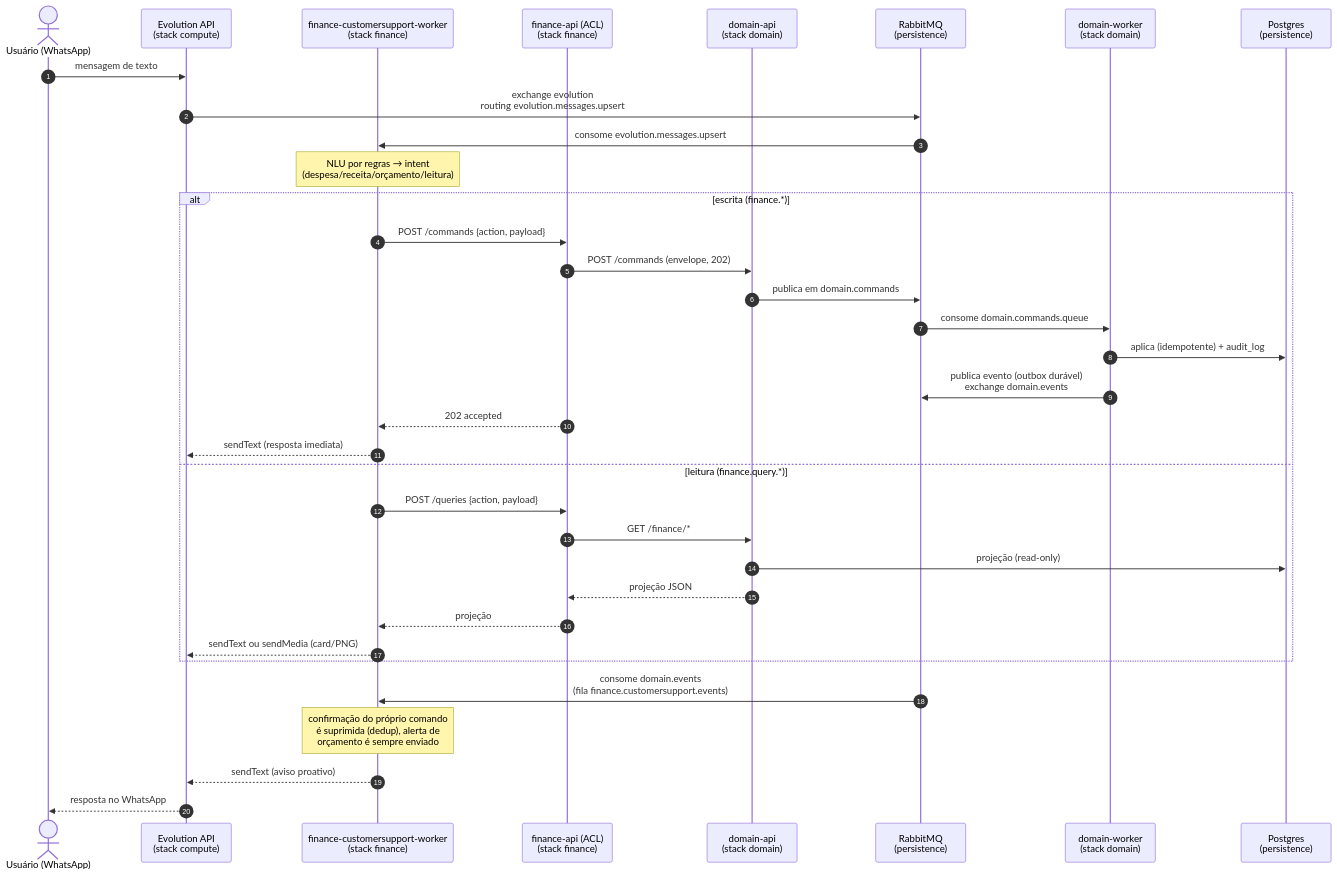
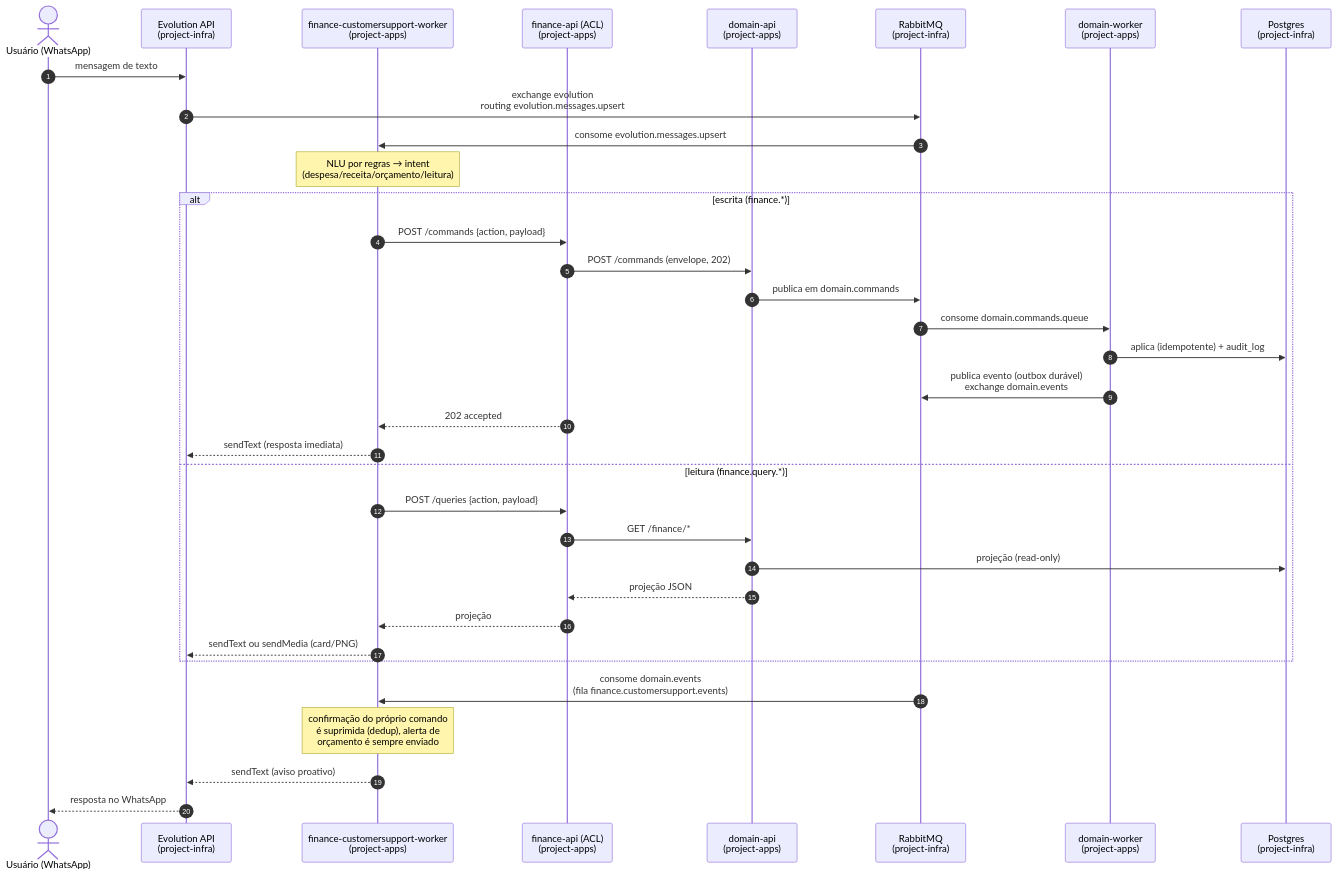
One commit to giomartinsdev/gio-random-projects changed the second of 5 diagrams in docs/architecture.md. Above: the diagram before and after it, drawn with Mermaid. The commit also changed other lines of this file and 6 other files, not shown here.

````diff
--- a/docs/architecture.md
+++ b/docs/architecture.md
@@ -101,41 +96,41 @@
 ```mermaid
 sequenceDiagram
   autonumber
   actor U as Usuário (WhatsApp)
-  participant EV as Evolution API<br/>(stack compute)
-  participant W as finance-customersupport-worker<br/>(stack finance)
-  participant F as finance-api (ACL)<br/>(stack finance)
-  participant DA as domain-api<br/>(stack domain)
-  participant RMQ as RabbitMQ<br/>(persistence)
-  participant DW as domain-worker<br/>(stack domain)
-  participant PG as Postgres<br/>(persistence)
+  participant EV as Evolution API<br/>(project-infra)
+  participant W as finance-customersupport-worker<br/>(project-apps)
+  participant F as finance-api (ACL)<br/>(project-apps)
+  participant DA as domain-api<br/>(project-apps)
+  participant RMQ as RabbitMQ<br/>(project-infra)
+  participant DW as domain-worker<br/>(project-apps)
+  participant PG as Postgres<br/>(project-infra)
 
   U->>EV: mensagem de texto
   EV->>RMQ: exchange evolution<br/>routing evolution.messages.upsert
   RMQ->>W: consome evolution.messages.upsert
 
   Note over W: NLU por regras → intent<br/>(despesa/receita/orçamento/leitura)
 
   alt escrita (finance.*)
     W->>F: POST /commands {action, payload}
     F->>DA: POST /commands (envelope, 202)
     DA->>RMQ: publica em domain.commands
     RMQ->>DW: consome domain.commands.queue
     DW->>PG: aplica (idempotente) + audit_log
     DW->>RMQ: publica evento (outbox durável)<br/>exchange domain.events
     F-->>W: 202 accepted
     W-->>EV: sendText (resposta imediata)
   else leitura (finance.query.*)
     W->>F: POST /queries {action, payload}
     F->>DA: GET /finance/*
     DA->>PG: projeção (read-only)
     DA-->>F: projeção JSON
     F-->>W: projeção
     W-->>EV: sendText ou sendMedia (card/PNG)
   end
 
   RMQ->>W: consome domain.events<br/>(fila finance.customersupport.events)
   Note over W: confirmação do próprio comando<br/>é suprimida (dedup), alerta de<br/>orçamento é sempre enviado
   W-->>EV: sendText (aviso proativo)
   EV-->>U: resposta no WhatsApp
 ```
````
